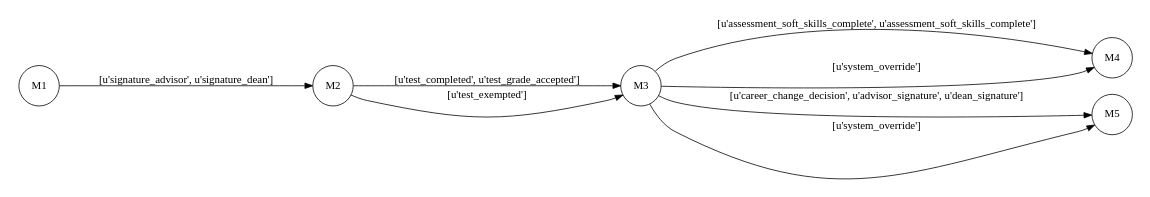
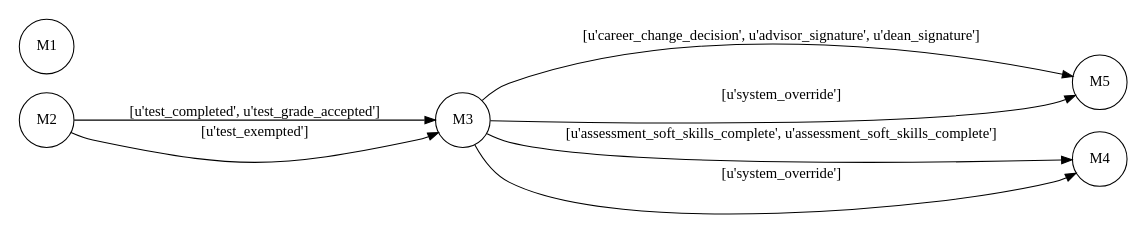
Before and after one commit to csthompson/cocopan: the diagram in src/fsm.gv, drawn with Graphviz. The commit also changed 2 other files, not shown here.

```diff
--- a/src/fsm.gv
+++ b/src/fsm.gv
@@ -1,17 +1,16 @@
 digraph finite_state_machine {
 rankdir=LR
 size="8,5"
 	node [shape=circle]
-	"56fdfa5d8940131b6fc38d08" [label=M1]
-		"56fdfa5d8940131b6fc38d08" -> "56fdfa5d8940131b6fc38d09" [label="[u'signature_advisor', u'signature_dean']"]
-	"56fdfa5d8940131b6fc38d09" [label=M2]
-		"56fdfa5d8940131b6fc38d09" -> "56fdfa5d8940131b6fc38d0a" [label="[u'test_completed', u'test_grade_accepted']"]
-		"56fdfa5d8940131b6fc38d09" -> "56fdfa5d8940131b6fc38d0a" [label="[u'test_exempted']"]
-	"56fdfa5d8940131b6fc38d0a" [label=M3]
-		"56fdfa5d8940131b6fc38d0a" -> "56fdfa5d8940131b6fc38d0b" [label="[u'assessment_soft_skills_complete', u'assessment_soft_skills_complete']"]
-		"56fdfa5d8940131b6fc38d0a" -> "56fdfa5d8940131b6fc38d0b" [label="[u'system_override']"]
-		"56fdfa5d8940131b6fc38d0a" -> "56fdfa5d8940131b6fc38d0c" [label="[u'career_change_decision', u'advisor_signature', u'dean_signature']"]
-		"56fdfa5d8940131b6fc38d0a" -> "56fdfa5d8940131b6fc38d0c" [label="[u'system_override']"]
-	"56fdfa5d8940131b6fc38d0b" [label=M4]
-	"56fdfa5d8940131b6fc38d0c" [label=M5]
+	m5 [label=M5]
+	m4 [label=M4]
+	m1 [label=M1]
+	m3 [label=M3]
+		m3 -> m5 [label="[u'career_change_decision', u'advisor_signature', u'dean_signature']"]
+		m3 -> m5 [label="[u'system_override']"]
+		m3 -> m4 [label="[u'assessment_soft_skills_complete', u'assessment_soft_skills_complete']"]
+		m3 -> m4 [label="[u'system_override']"]
+	m2 [label=M2]
+		m2 -> m3 [label="[u'test_completed', u'test_grade_accepted']"]
+		m2 -> m3 [label="[u'test_exempted']"]
 }
```
